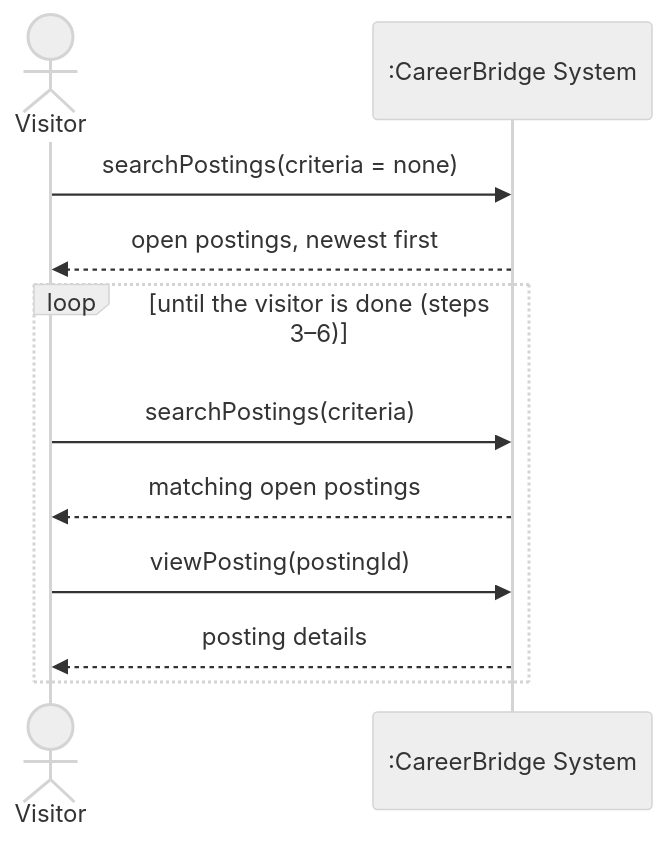
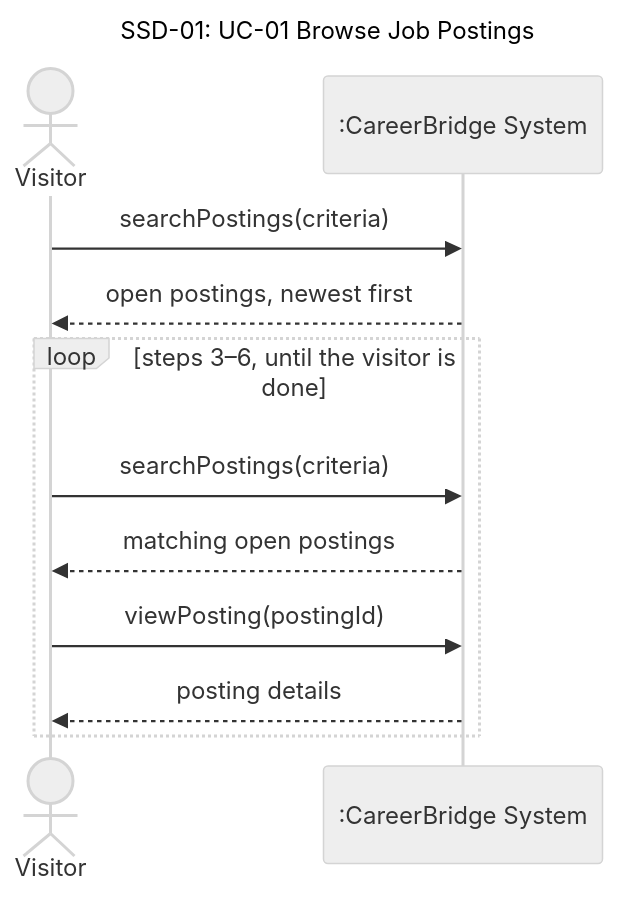
Before and after one commit to berdyshevol/careerbridge-csi5324: the diagram in deliverables/deliverable-2/chains/uc-01-browse-job-postings.md, drawn with Mermaid (neutral theme). The commit also changed other lines of this file and 1 other file, not shown here.

````diff
--- a/deliverables/deliverable-2/chains/uc-01-browse-job-postings.md
+++ b/deliverables/deliverable-2/chains/uc-01-browse-job-postings.md
@@ -91,15 +91,16 @@
 ```mermaid
 sequenceDiagram
+    title SSD-01: UC-01 Browse Job Postings
     actor Visitor
     participant System as :CareerBridge System
 
-    Visitor->>System: searchPostings(criteria = none)
+    Visitor->>System: searchPostings(criteria)
     System-->>Visitor: open postings, newest first
 
-    loop until the visitor is done (steps 3–6)
+    loop steps 3–6, until the visitor is done
         Visitor->>System: searchPostings(criteria)
         System-->>Visitor: matching open postings
         Visitor->>System: viewPosting(postingId)
         System-->>Visitor: posting details
     end
 ```
````
